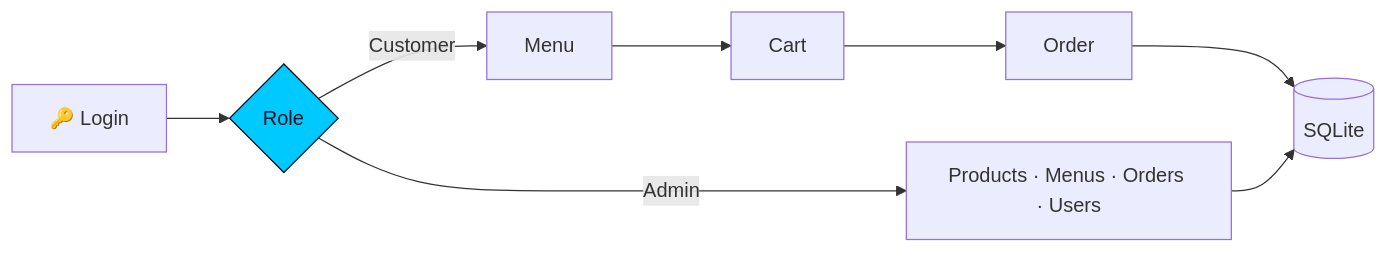
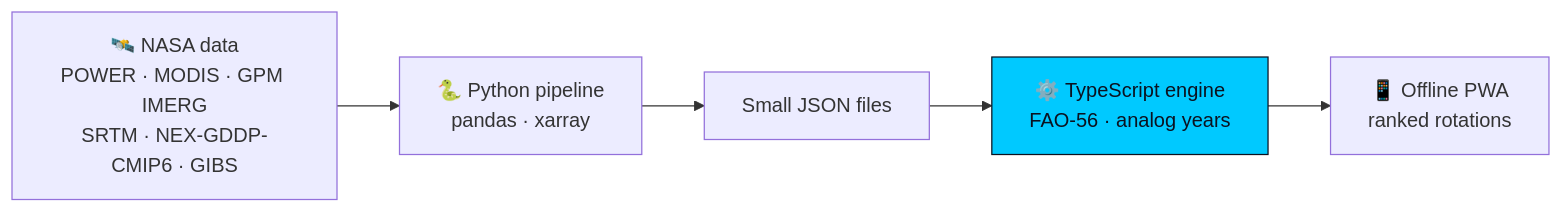
One commit to Awais-Chandio/Awais-Chandio changed the third of 4 diagrams in README.md. Above: the diagram before and after it, drawn with Mermaid. The commit also changed other lines of this file, not shown here.

````diff
--- a/README.md
+++ b/README.md
@@ -192,10 +227,9 @@
 ```mermaid
 flowchart LR
-    L[🔑 Login] --> R{Role}
-    R -->|Customer| M[Menu] --> CT[Cart] --> O[Order]
-    R -->|Admin| P[Products · Menus · Orders · Users]
-    O --> DB[(SQLite)]
-    P --> DB
+    N["🛰️ NASA data<br/>POWER · MODIS · GPM IMERG<br/>SRTM · NEX-GDDP-CMIP6 · GIBS"] --> P["🐍 Python pipeline<br/>pandas · xarray"]
+    P --> J["Small JSON files"]
+    J --> E["⚙️ TypeScript engine<br/>FAO-56 · analog years"]
+    E --> U["📱 Offline PWA<br/>ranked rotations"]
     classDef hl fill:#00C9FF,stroke:#0B1220,color:#0B1220
-    class R hl
+    class E hl
 ```
````
